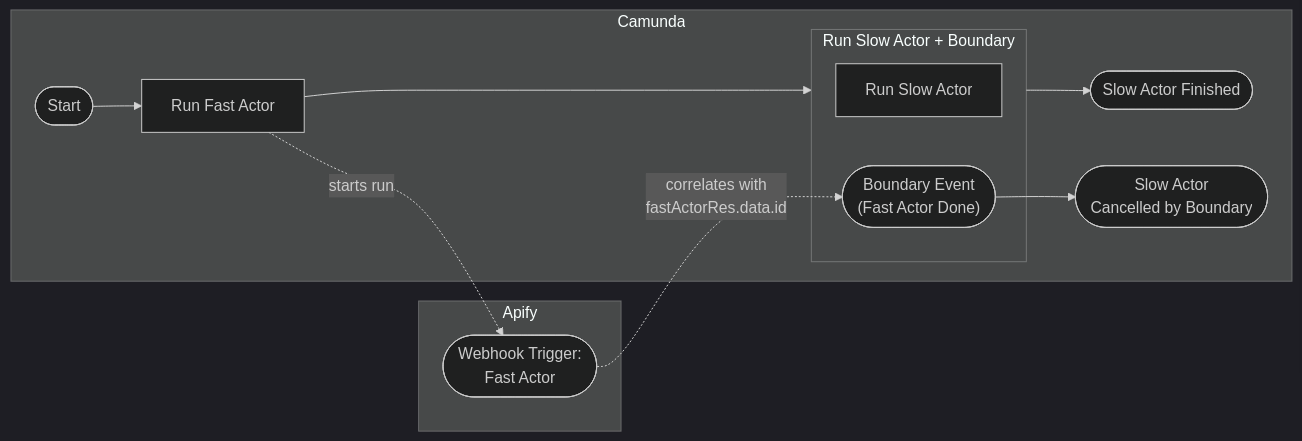
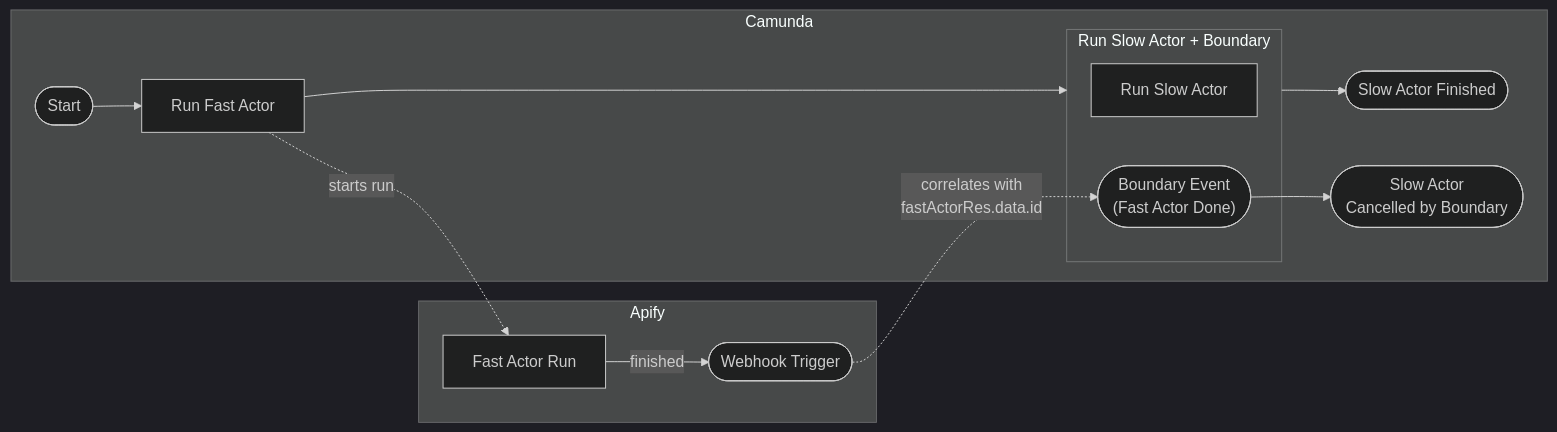
The fourth of 5 diagrams in CONTRIBUTING.md (apify/apify-camunda-integration), drawn with Mermaid (dark theme) before and after one commit. The commit also changed other lines of this file and 1 other file, not shown here.

````diff
--- a/CONTRIBUTING.md
+++ b/CONTRIBUTING.md
@@ -355,18 +355,18 @@
 ```mermaid
 graph LR
     subgraph Camunda
         A([Start]) --> B[Run Fast Actor]
         B --> SA
         subgraph SA ["Run Slow Actor + Boundary"]
             C[Run Slow Actor]
             BE(["Boundary Event<br/>(Fast Actor Done)"])
         end
         SA --> E([Slow Actor Finished])
         BE --> D([Slow Actor<br/>Cancelled by Boundary])
     end
     subgraph Apify
-        W([Webhook Trigger:<br/>Fast Actor])
+        AR[Fast Actor Run] -->|finished| W([Webhook Trigger])
     end
-    B -.->|starts run| W
+    B -.->|starts run| AR
     W -.->|correlates with<br/>fastActorRes.data.id| BE
 ```
````
